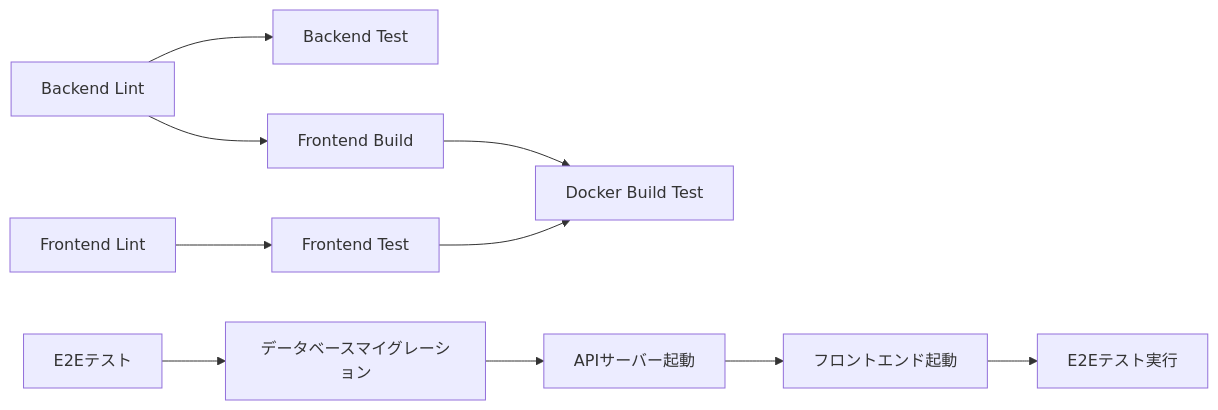
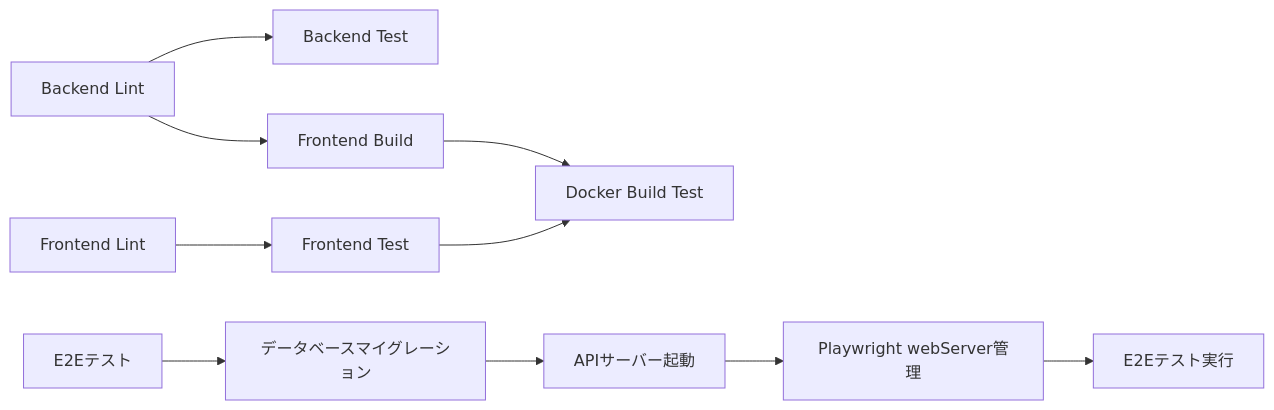
One commit to ss8806/Todos changed the fifth of 5 diagrams in .qoder/repowiki/ja/content/開発ワークフロー/CI_CDパイプライン.md. Above: the diagram before and after it, drawn with Mermaid. The commit also changed other lines of this file and 9 other files, not shown here.

````diff
--- a/.qoder/repowiki/ja/content/開発ワークフロー/CI_CDパイプライン.md
+++ b/.qoder/repowiki/ja/content/開発ワークフロー/CI_CDパイプライン.md
@@ -370,12 +375,12 @@
 ```mermaid
 graph LR
 BL["Backend Lint"] --> BT["Backend Test"]
 FL["Frontend Lint"] --> FT["Frontend Test"]
 BL --> FB["Frontend Build"]
 FB --> DBT["Docker Build Test"]
 FT --> DBT
 E2E["E2Eテスト"] --> EM["データベースマイグレーション"]
 EM --> AS["APIサーバー起動"]
-AS --> FS["フロントエンド起動"]
-FS --> ET["E2Eテスト実行"]
+AS --> WS["Playwright webServer管理"]
+WS --> ET["E2Eテスト実行"]
 ```
````
